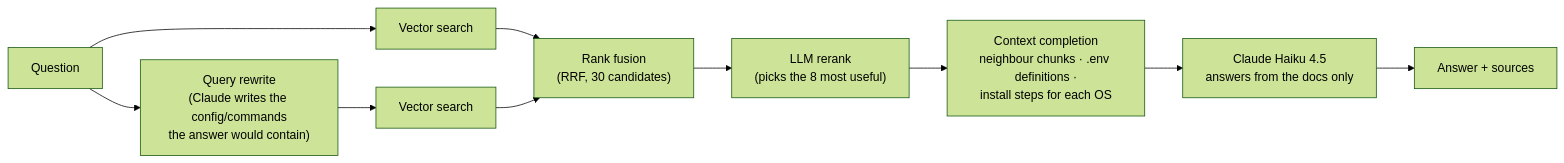
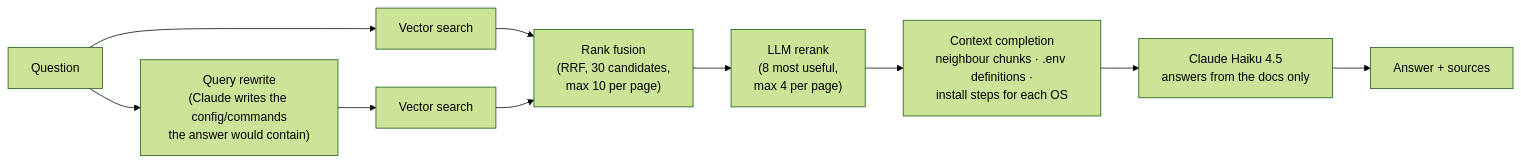
One commit to Edem94/document-intelligence-assistant changed the diagram in README.md. Above: the diagram before and after it, drawn with Mermaid (forest theme). The commit also changed other lines of this file and 5 other files, not shown here.

````diff
--- a/README.md
+++ b/README.md
@@ -45,12 +46,12 @@
 ```mermaid
 flowchart LR
     Q[Question] --> RW["Query rewrite<br/>(Claude writes the config/commands<br/>the answer would contain)"]
     Q --> S1[Vector search]
     RW --> S2[Vector search]
-    S1 --> F["Rank fusion<br/>(RRF, 30 candidates)"]
+    S1 --> F["Rank fusion<br/>(RRF, 30 candidates,<br/>max 10 per page)"]
     S2 --> F
-    F --> RR["LLM rerank<br/>(picks the 8 most useful)"]
+    F --> RR["LLM rerank<br/>(8 most useful,<br/>max 4 per page)"]
     RR --> X["Context completion<br/>neighbour chunks · .env definitions ·<br/>install steps for each OS"]
     X --> G["Claude Haiku 4.5<br/>answers from the docs only"]
     G --> A[Answer + sources]
 ```
````
